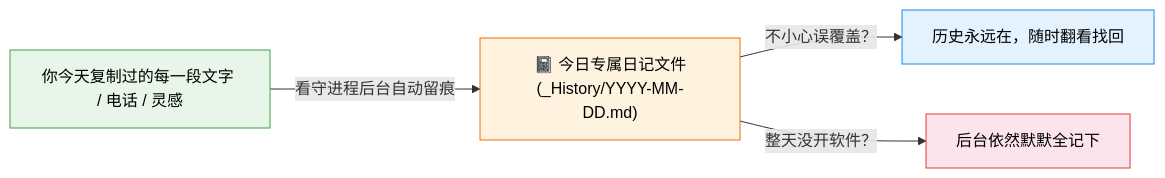
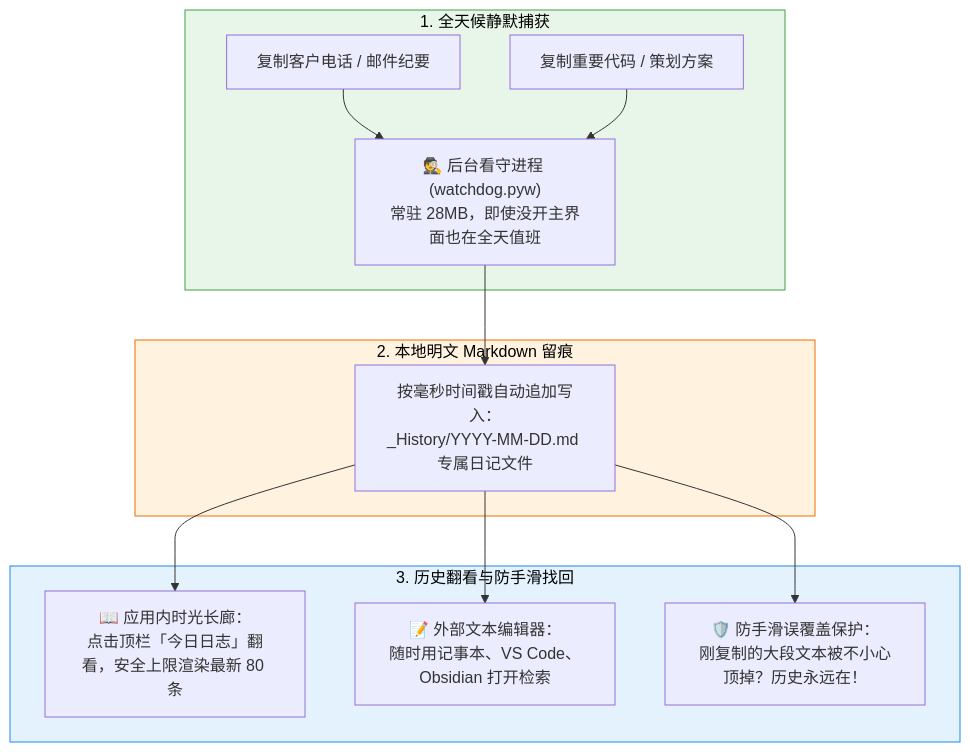
Before and after one commit to CatBoss-Paw/EasyClipboard: the fifth of 7 diagrams in README.md, drawn with Mermaid. The commit also changed other lines of this file, not shown here.

Commit message:
docs: 完善README全景架构与六大核心特性的详细全链路Mermaid图解与精修话术

````diff
--- a/README.md
+++ b/README.md
@@ -144,11 +210,21 @@
 ```mermaid
-graph LR
-    A["你今天复制过的每一段文字 / 电话 / 灵感"] -->|看守进程后台自动留痕| B["📓 今日专属日记文件<br/>(_History/YYYY-MM-DD.md)"]
-    B -->|不小心误覆盖？| C["历史永远在，随时翻看找回"]
-    B -->|整天没开软件？| D["后台依然默默全记下"]
+graph TD
+    subgraph CAPTURE ["1. 全天候静默捕获"]
+        C1["复制客户电话 / 邮件纪要"] --> BG["🕵️ 后台看守进程 (watchdog.pyw)<br/>常驻 28MB，即使没开主界面也在全天值班"]
+        C2["复制重要代码 / 策划方案"] --> BG
+    end
 
-    style A fill:#e8f5e9,stroke:#43a047,color:#000
-    style B fill:#fff3e0,stroke:#ef6c00,color:#000
-    style C fill:#e3f2fd,stroke:#1e88e5,color:#000
-    style D fill:#fce4ec,stroke:#e53935,color:#000
+    subgraph JOURNAL_FILE ["2. 本地明文 Markdown 留痕"]
+        BG --> APPEND["按毫秒时间戳自动追加写入：<br/>_History/YYYY-MM-DD.md 专属日记文件"]
+    end
+
+    subgraph RECOVERY ["3. 历史翻看与防手滑找回"]
+        APPEND --> VIEW1["📖 应用内时光长廊：<br/>点击顶栏「今日日志」翻看，安全上限渲染最新 80 条"]
+        APPEND --> VIEW2["📝 外部文本编辑器：<br/>随时用记事本、VS Code、Obsidian 打开检索"]
+        APPEND --> VIEW3["🛡️ 防手滑误覆盖保护：<br/>刚复制的大段文本被不小心顶掉？历史永远在！"]
+    end
+
+    style CAPTURE fill:#e8f5e9,stroke:#43a047,color:#000
+    style JOURNAL_FILE fill:#fff3e0,stroke:#ef6c00,color:#000
+    style RECOVERY fill:#e3f2fd,stroke:#1e88e5,color:#000
 ```
````
